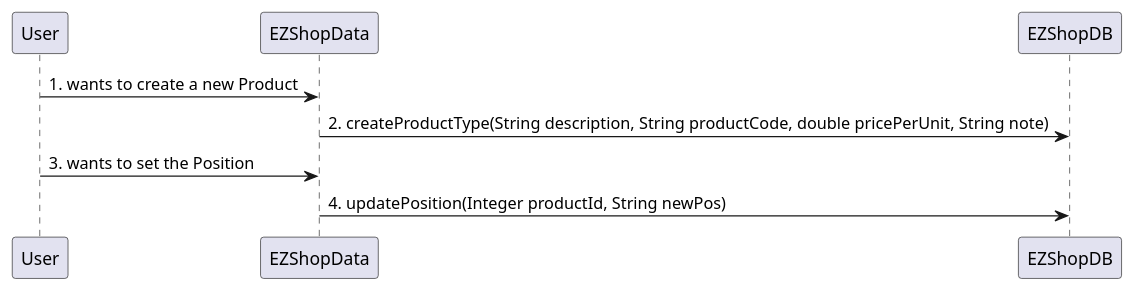
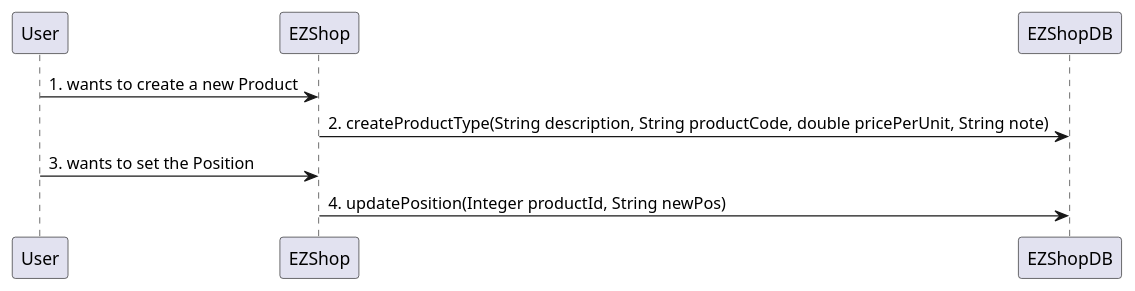
Before and after one commit to djemar/softeng_ezshop: the third of 31 diagrams in Deliverables/DesignDocument.md, drawn with PlantUML. The commit also changed other lines of this file, not shown here.

````diff
--- a/Deliverables/DesignDocument.md
+++ b/Deliverables/DesignDocument.md
@@ -276,6 +288,6 @@
 ```plantuml
-"User" -> "EZShopData": 1. wants to create a new Product
-"EZShopData" -> "EZShopDB": 2. createProductType(String description, String productCode, double pricePerUnit, String note)
-"User" -> "EZShopData": 3. wants to set the Position
-"EZShopData" -> "EZShopDB": 4. updatePosition(Integer productId, String newPos)
+"User" -> "EZShop": 1. wants to create a new Product
+"EZShop" -> "EZShopDB": 2. createProductType(String description, String productCode, double pricePerUnit, String note)
+"User" -> "EZShop": 3. wants to set the Position
+"EZShop" -> "EZShopDB": 4. updatePosition(Integer productId, String newPos)
 ```
````
